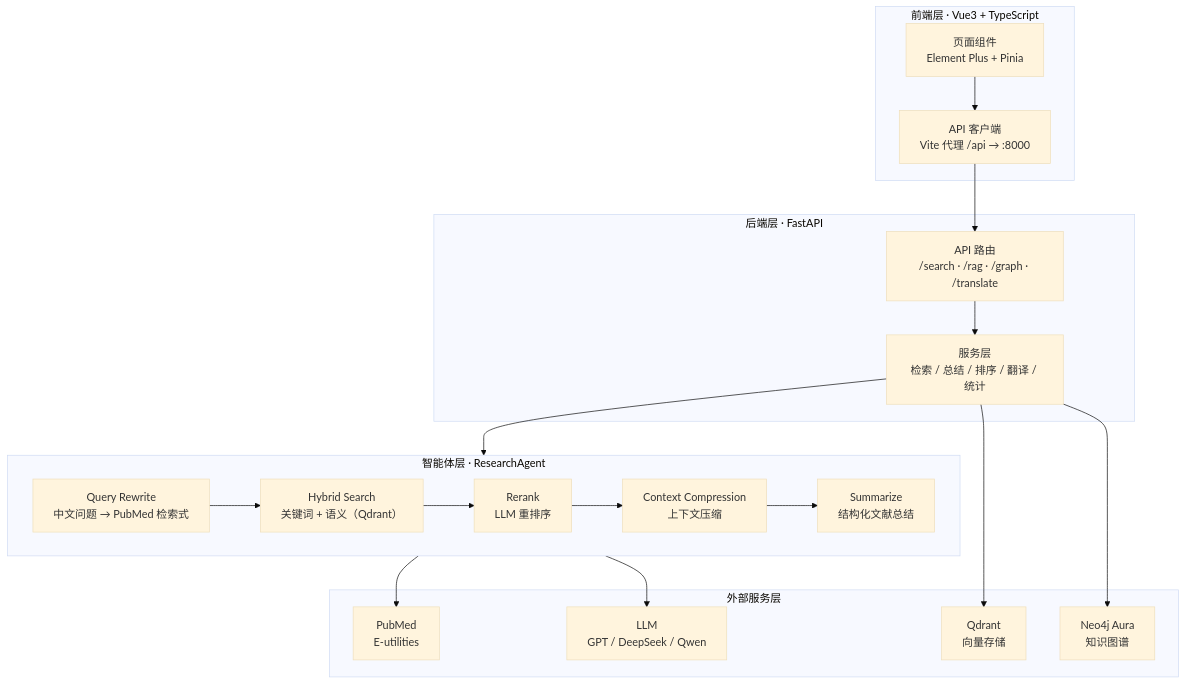
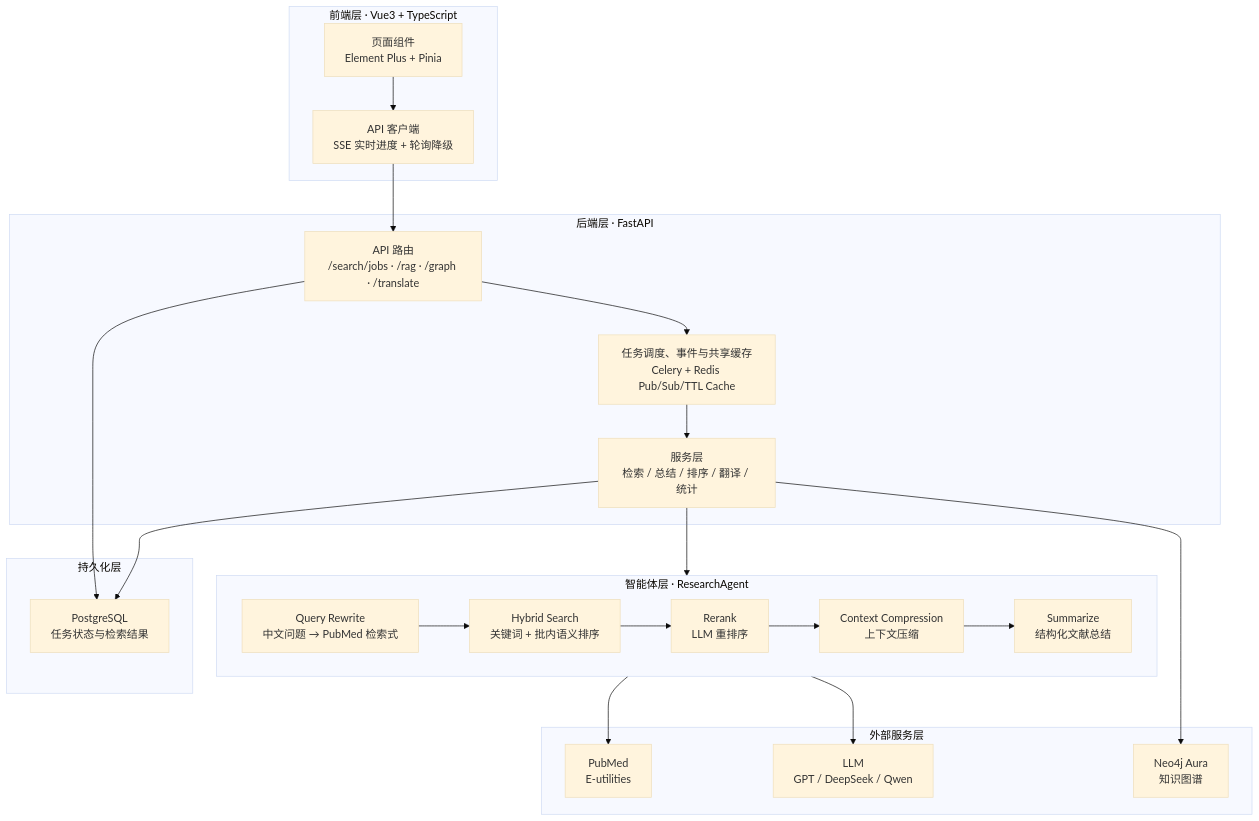
One commit to 0609x/PubMed-Research-Agent changed the diagram in README.md. Above: the diagram before and after it, drawn with Mermaid (base theme). The commit also changed other lines of this file and 82 other files, not shown here.

Commit message:
feat: upgrade search workflow, local RAG and knowledge graph

````diff
--- a/README.md
+++ b/README.md
@@ -41,33 +42,37 @@
 ```mermaid
 flowchart TB
     subgraph FE["前端层 · Vue3 + TypeScript"]
         UI["页面组件<br/>Element Plus + Pinia"]
-        API["API 客户端<br/>Vite 代理 /api → :8000"]
+        API["API 客户端<br/>SSE 实时进度 + 轮询降级"]
     end
     subgraph BE["后端层 · FastAPI"]
-        ROUTER["API 路由<br/>/search · /rag · /graph · /translate"]
+        ROUTER["API 路由<br/>/search/jobs · /rag · /graph · /translate"]
+        QUEUE["任务调度、事件与共享缓存<br/>Celery + Redis Pub/Sub/TTL Cache"]
         SVC["服务层<br/>检索 / 总结 / 排序 / 翻译 / 统计"]
     end
     subgraph AGENT["智能体层 · ResearchAgent"]
         QW["Query Rewrite<br/>中文问题 → PubMed 检索式"]
-        HS["Hybrid Search<br/>关键词 + 语义（Qdrant）"]
+        HS["Hybrid Search<br/>关键词 + 批内语义排序"]
         RR["Rerank<br/>LLM 重排序"]
         CC["Context Compression<br/>上下文压缩"]
         SM["Summarize<br/>结构化文献总结"]
     end
+    subgraph DATA["持久化层"]
+        PG["PostgreSQL<br/>任务状态与检索结果"]
+    end
     subgraph EXT["外部服务层"]
         PUB["PubMed<br/>E-utilities"]
         LLM["LLM<br/>GPT / DeepSeek / Qwen"]
-        QD["Qdrant<br/>向量存储"]
         NEO["Neo4j Aura<br/>知识图谱"]
     end
 
     UI --> API --> ROUTER
-    ROUTER --> SVC
+    ROUTER --> QUEUE --> SVC
+    ROUTER --> PG
+    SVC --> PG
     SVC --> AGENT
     QW --> HS --> RR --> CC --> SM
     AGENT --> PUB
     AGENT --> LLM
-    SVC --> QD
     SVC --> NEO
 ```
````
